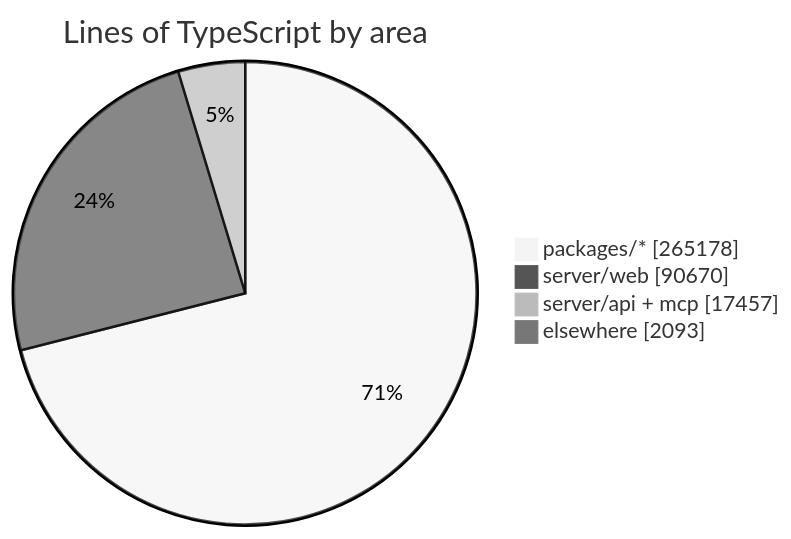
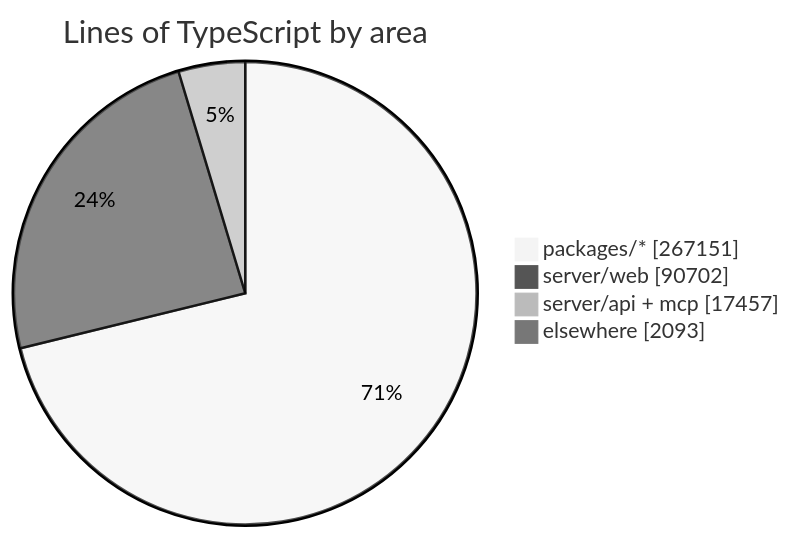
One commit to crossworks-engineering/mantle changed the diagram in README.md. Above: the diagram before and after it, drawn with Mermaid (neutral theme). The commit also changed other lines of this file and 2 other files, not shown here.

````diff
--- a/README.md
+++ b/README.md
@@ -287,7 +287,7 @@
 ```mermaid
 pie showData title Lines of TypeScript by area
-    "packages/*" : 265178
-    "server/web" : 90670
+    "packages/*" : 267151
+    "server/web" : 90702
     "server/api + mcp" : 17457
     "elsewhere" : 2093
 ```
````
